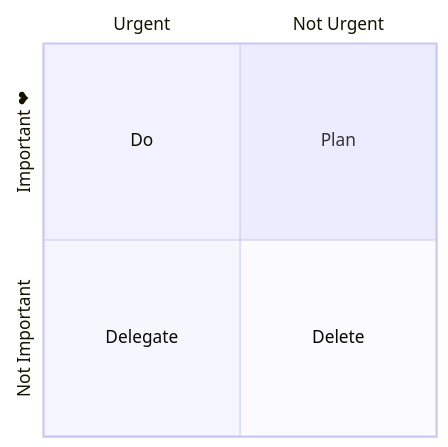
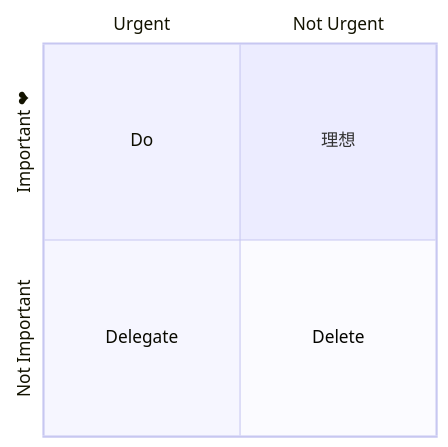
One commit to JunSasaki0077/obsidian changed the third of 3 diagrams in 読書/発想の回路.md. Above: the diagram before and after it, drawn with Mermaid.

Commit message:
vault backup: 2026-04-08 22:16:12

````diff
--- a/読書/発想の回路.md
+++ b/読書/発想の回路.md
@@ -74,18 +74,18 @@
 ```mermaid
 ---
 config:
   quadrantChart:
     chartWidth: 400
     chartHeight: 400
   themeVariables:
     quadrant1TextFill: "ff0000"
 ---
 quadrantChart
   x-axis Urgent --> Not Urgent
   y-axis Not Important --> "Important ❤"
-  quadrant-1 Plan
+  quadrant-1 理想
   quadrant-2 Do
   quadrant-3 Delegate
   quadrant-4 Delete
 
 ```
````
